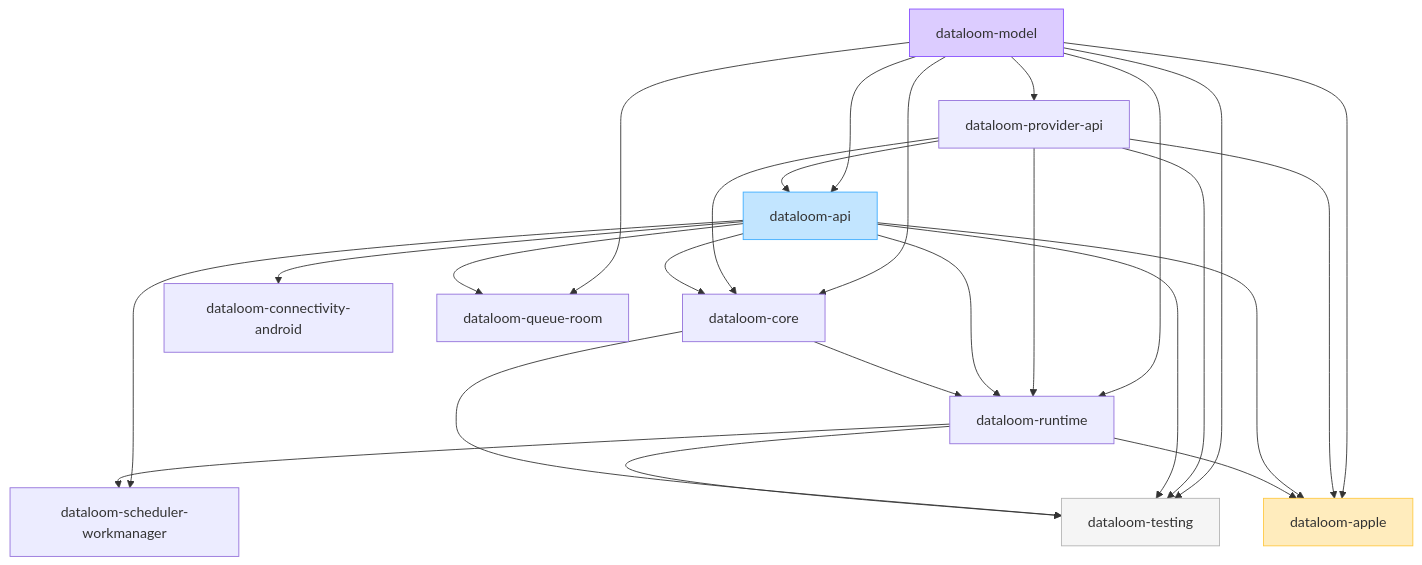
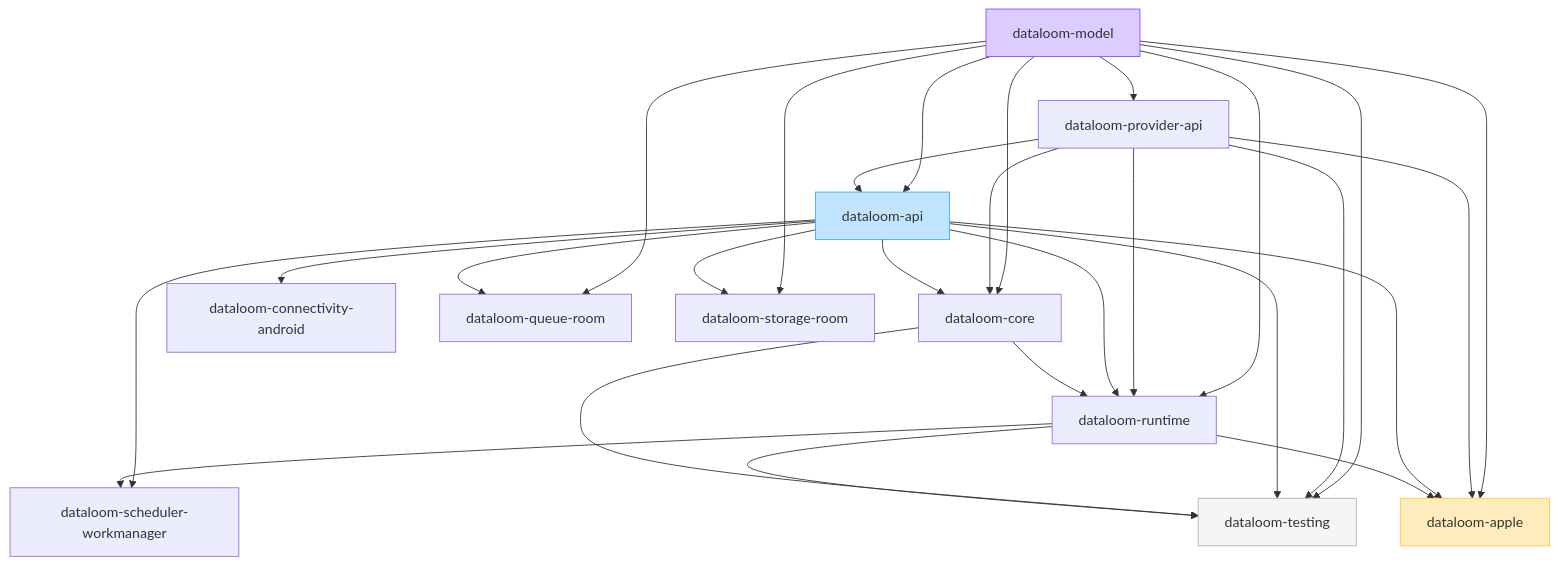
The diagram in docs/architecture/modules.md (dataloom-sdk/dataloom), drawn with Mermaid before and after one commit. The commit also changed other lines of this file and 20 other files, not shown here.

First line of the commit message:
Add `dataloom-storage-room` reference Room-backed `StorageProvider` (#212)

````diff
--- a/docs/architecture/modules.md
+++ b/docs/architecture/modules.md
@@ -28,43 +28,46 @@
 ```mermaid
 flowchart TD
     model[dataloom-model]
     providerApi[dataloom-provider-api]
     api[dataloom-api]
     core[dataloom-core]
     runtime[dataloom-runtime]
     testing[dataloom-testing]
     connectivity[dataloom-connectivity-android]
     room[dataloom-queue-room]
+    storageRoom[dataloom-storage-room]
     work[dataloom-scheduler-workmanager]
     apple[dataloom-apple]
 
     model --> providerApi
     model --> api
     providerApi --> api
     model --> core
     providerApi --> core
     api --> core
     model --> runtime
     providerApi --> runtime
     api --> runtime
     core --> runtime
     model --> testing
     providerApi --> testing
     api --> testing
     core --> testing
     runtime --> testing
     api --> connectivity
     model --> room
     api --> room
+    model --> storageRoom
+    api --> storageRoom
     api --> work
     runtime --> work
     model --> apple
     providerApi --> apple
     api --> apple
     runtime --> apple
 
     style model fill:#DCCCFF,stroke:#874FFF
     style api fill:#C2E5FF,stroke:#3DADFF
     style testing fill:#F5F5F5,stroke:#B3B3B3
     style apple fill:#FFECBD,stroke:#FFC943
 ```
````
